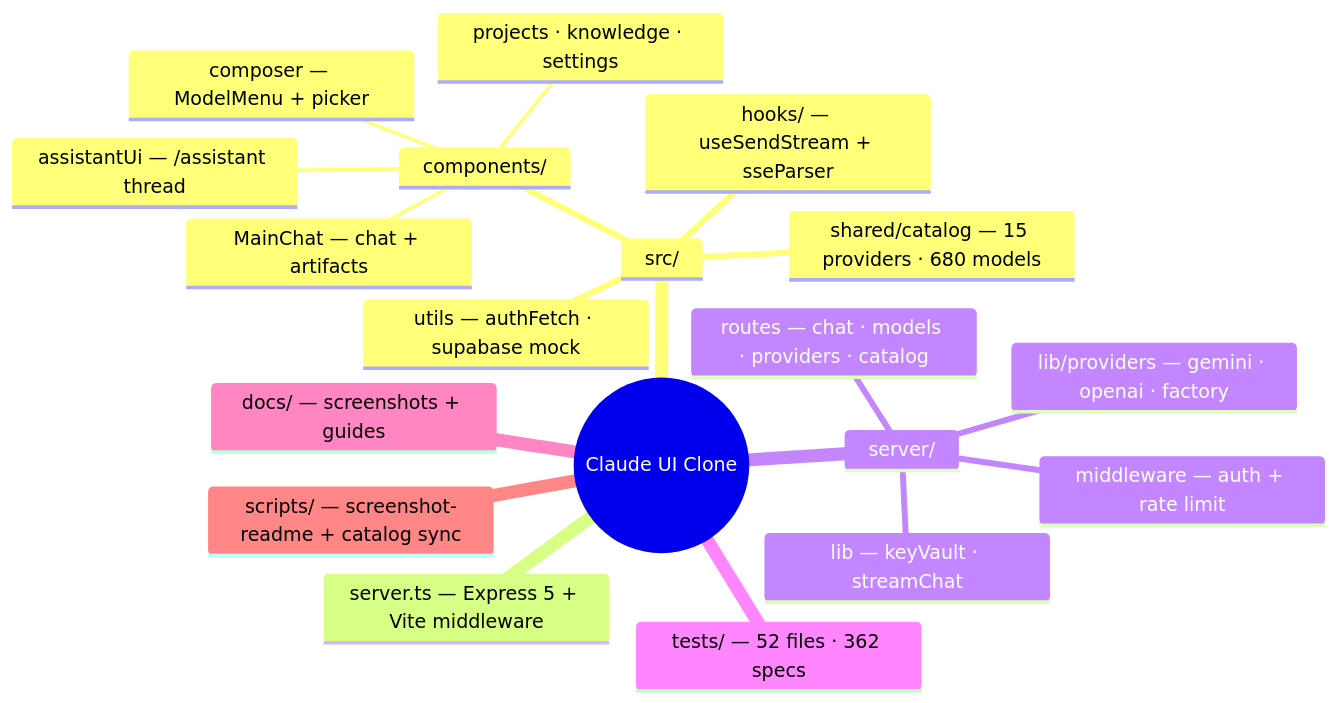
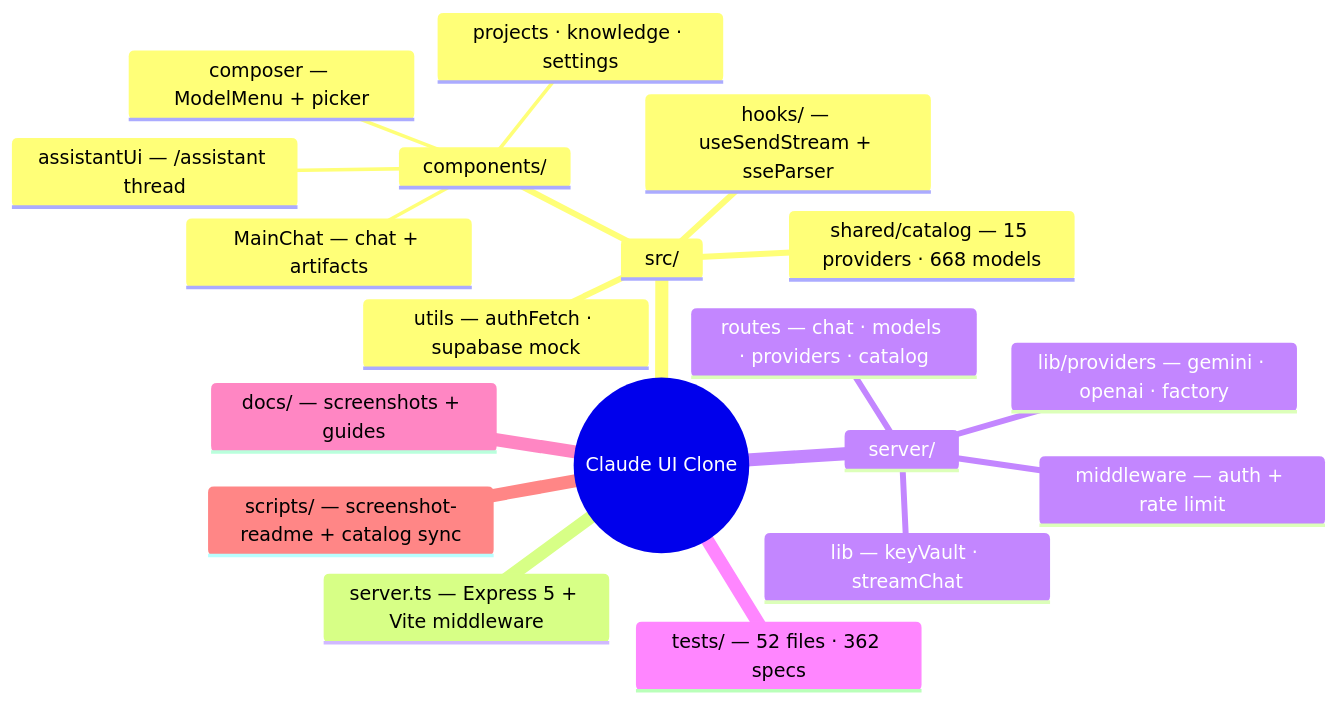
The second of 2 diagrams in README.md (revolover00/Claude-clone), drawn with Mermaid before and after one commit. The commit also changed other lines of this file and 41 other files, not shown here.

````diff
--- a/README.md
+++ b/README.md
@@ -152,22 +152,22 @@
 ```mermaid
 mindmap
   root((Claude UI Clone))
     src/
       components/
         MainChat — chat + artifacts
         composer — ModelMenu + picker
         assistantUi — /assistant thread
         projects · knowledge · settings
       hooks/ — useSendStream + sseParser
-      shared/catalog — 15 providers · 680 models
+      shared/catalog — 15 providers · 668 models
       utils — authFetch · supabase mock
     server.ts — Express 5 + Vite middleware
     server/
       routes — chat · models · providers · catalog
       lib/providers — gemini · openai · factory
       middleware — auth + rate limit
       lib — keyVault · streamChat
     tests/ — 52 files · 362 specs
     docs/ — screenshots + guides
     scripts/ — screenshot-readme + catalog sync
 ```
````
